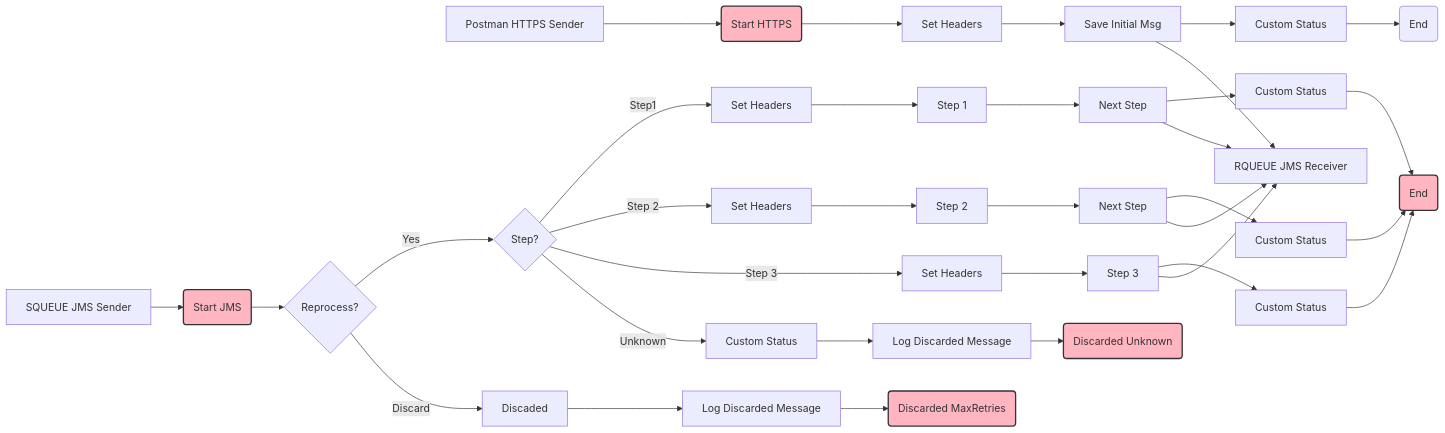
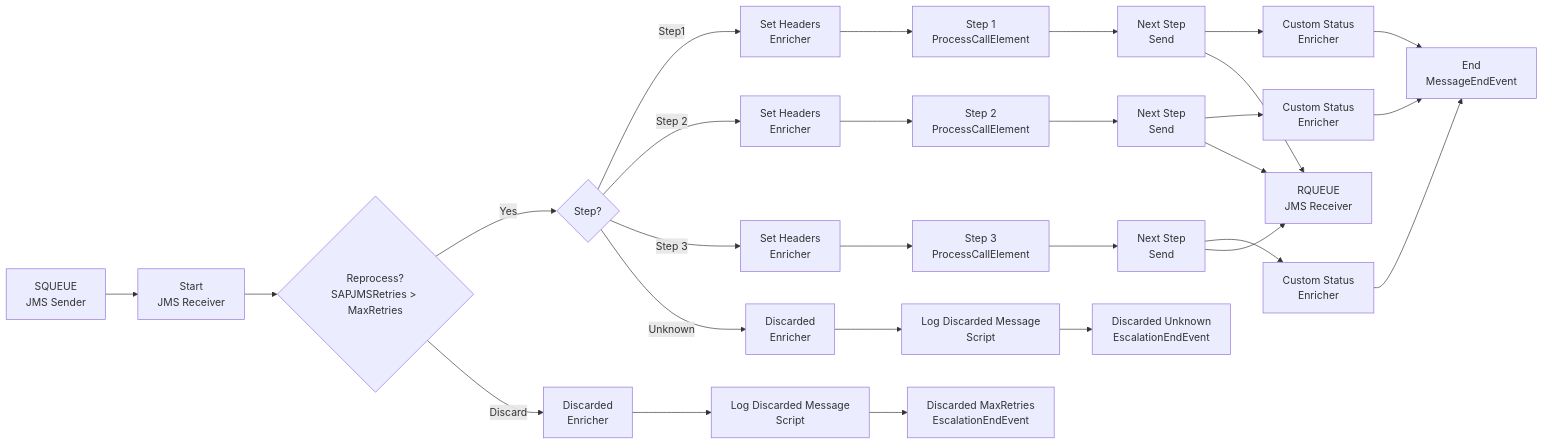
The diagram in MMZ - Cell Iflows/SEDA_Model_-_Single_Queue_-_Restart_and_Discard_MMZ-1.0.0/readme.md (Avvale-IA-CICD/AvvaleCPI), drawn with Mermaid before and after one commit. The commit also changed other lines of this file, not shown here.

Commit message:
Add/update documentation for SEDA_Model_-_Single_Queue_-_Restart_and_Discard_MMZ v1.0.0

````diff
--- a/MMZ - Cell Iflows/SEDA_Model_-_Single_Queue_-_Restart_and_Discard_MMZ-1.0.0/readme.md
+++ b/MMZ - Cell Iflows/SEDA_Model_-_Single_Queue_-_Restart_and_Discard_MMZ-1.0.0/readme.md
@@ -4,46 +4,30 @@
 ```mermaid
 graph LR
-    style StartEvent_2 fill:#FFB6C1,stroke:#333,stroke-width:2px
-    style StartEvent_12079806 fill:#FFB6C1,stroke:#333,stroke-width:2px
-    style EndEvent_2 fill:#FFB6C1,stroke:#333,stroke-width:2px
-    style EndEvent_9104 fill:#FFB6C1,stroke:#333,stroke-width:2px
-    style EndEvent_12079826 fill:#FFB6C1,stroke:#333,stroke-width:2px
-
-    Participant_1[SQUEUE JMS Sender] --> StartEvent_2(Start JMS)
-    Participant_12079805[Postman HTTPS Sender] --> StartEvent_12079806(Start HTTPS)
-    StartEvent_12079806 --> CallActivity_9054[Set Headers]
-    CallActivity_9054 --> ServiceTask_9058[Save Initial Msg]
-    ServiceTask_9058 --> CallActivity_9062[Custom Status]
-    CallActivity_9062 --> EndEvent_9052(End)
-    ServiceTask_9058 --> Participant_59[RQUEUE JMS Receiver]
-
-    StartEvent_2 --> ExclusiveGateway_9098{Reprocess?}
-    ExclusiveGateway_9098 -- Yes --> ExclusiveGateway_12{Step?}
-    ExclusiveGateway_9098 -- Discard --> CallActivity_9101[Discaded]
-    CallActivity_9101 --> CallActivity_12079775[Log Discarded Message]
-    CallActivity_12079775 --> EndEvent_9104(Discarded MaxRetries)
-
-    ExclusiveGateway_12 -- Step1 --> CallActivity_12079818[Set Headers]
-    CallActivity_12079818 --> CallActivity_15[Step 1]
-    CallActivity_15 --> ServiceTask_56[Next Step]
-    ServiceTask_56 --> CallActivity_9071[Custom Status]
-    ServiceTask_56 --> Participant_59
-    CallActivity_9071 --> EndEvent_2(End)
-
-    ExclusiveGateway_12 -- Step 2 --> CallActivity_12079821[Set Headers]
-    CallActivity_12079821 --> CallActivity_18[Step 2]
-    CallActivity_18 --> ServiceTask_9069[Next Step]
-    ServiceTask_9069 --> CallActivity_9077[Custom Status]
-    ServiceTask_9069 --> Participant_59
-    CallActivity_9077 --> EndEvent_2(End)
-
-    ExclusiveGateway_12 -- Step 3 --> CallActivity_12079824[Set Headers]
-    CallActivity_12079824 --> CallActivity_21[Step 3]
-    CallActivity_21 --> CallActivity_9074[Custom Status]
-    CallActivity_21 --> Participant_59
-    CallActivity_9074 --> EndEvent_2(End)
-
-    ExclusiveGateway_12 -- Unknown --> CallActivity_20[Custom Status]
-    CallActivity_20 --> CallActivity_12079827[Log Discarded Message]
-    CallActivity_12079827 --> EndEvent_12079826(Discarded Unknown)
+    SQUEUE[SQUEUE<br>JMS Sender] --> StartEvent[Start<br>JMS Receiver]
+    StartEvent --> ReprocessGateway{Reprocess?<br>SAPJMSRetries > MaxRetries}
+    ReprocessGateway -- Yes --> StepGateway{Step?}
+    ReprocessGateway -- Discard --> DiscardMaxRetriesStatus[Discarded<br>Enricher]
+    DiscardMaxRetriesStatus --> LogDiscardedMaxRetries[Log Discarded Message<br>Script]
+    LogDiscardedMaxRetries --> EndEventDiscardedMaxRetries[Discarded MaxRetries<br>EscalationEndEvent]
+    StepGateway -- Step1 --> SetHeadersStep1[Set Headers<br>Enricher]
+    StepGateway -- Step 2 --> SetHeadersStep2[Set Headers<br>Enricher]
+    StepGateway -- Step 3 --> SetHeadersStep3[Set Headers<br>Enricher]
+    StepGateway -- Unknown --> DiscardUnknownStatus[Discarded<br>Enricher]
+    DiscardUnknownStatus --> LogDiscardedUnknown[Log Discarded Message<br>Script]
+    LogDiscardedUnknown --> EndEventDiscardedUnknown[Discarded Unknown<br>EscalationEndEvent]
+    SetHeadersStep1 --> Step1[Step 1<br>ProcessCallElement]
+    SetHeadersStep2 --> Step2[Step 2<br>ProcessCallElement]
+    SetHeadersStep3 --> Step3[Step 3<br>ProcessCallElement]
+    Step1 --> NextStep1[Next Step<br>Send]
+    Step2 --> NextStep2[Next Step<br>Send]
+    Step3 --> NextStep3[Next Step<br>Send]
+    NextStep1 --> CustomStatusStep1[Custom Status<br>Enricher]
+    NextStep2 --> CustomStatusStep2[Custom Status<br>Enricher]
+    NextStep3 --> CustomStatusStep3[Custom Status<br>Enricher]
+    CustomStatusStep1 --> EndEvent[End<br>MessageEndEvent]
+    CustomStatusStep2 --> EndEvent
+    CustomStatusStep3 --> EndEvent
+    NextStep1 --> RQUEUE[RQUEUE<br>JMS Receiver]
+    NextStep2 --> RQUEUE
+    NextStep3 --> RQUEUE
 ```
````
